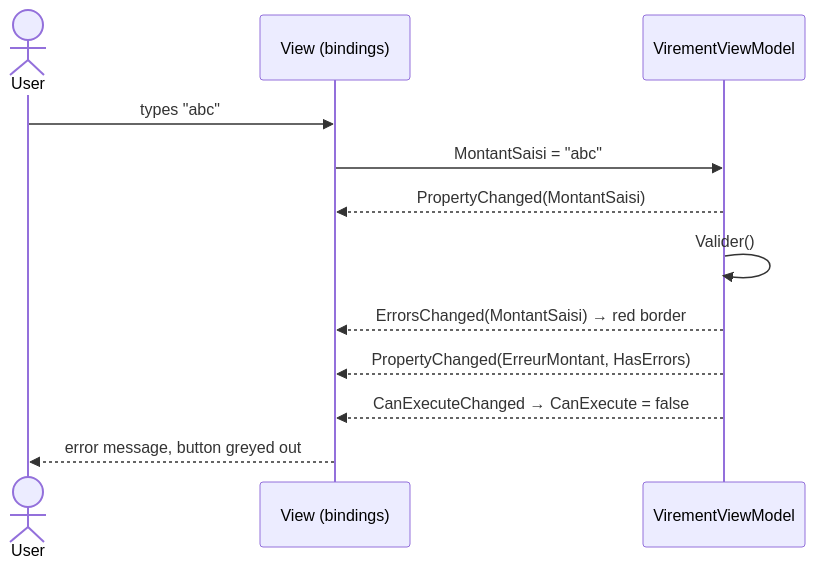
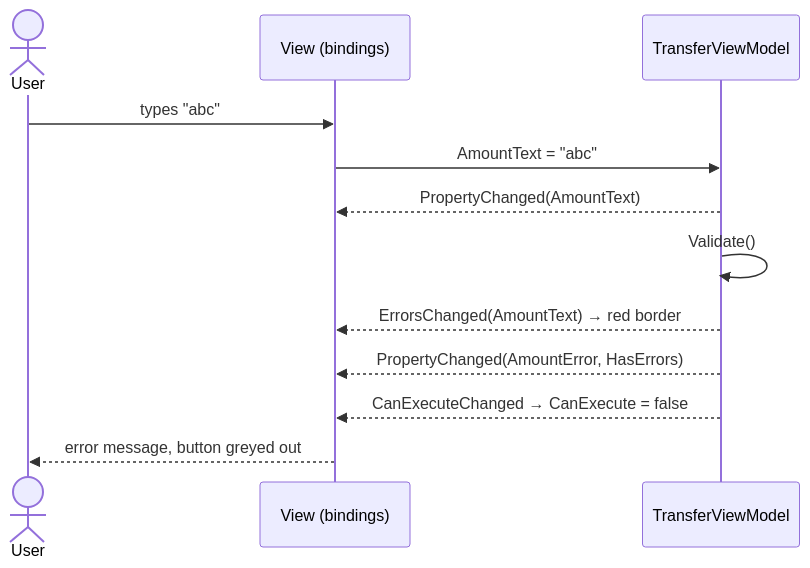
The third of 3 diagrams in Docs/en/24-mvc-mvvm.md (drangoht/ArchitecturesDemo), drawn with Mermaid before and after one commit. The commit also changed other lines of this file and 78 other files, not shown here.

First line of the commit message:
Docs EN : identifiants, liens, diagrammes et sorties alignés sur le code anglais

````diff
--- a/Docs/en/24-mvc-mvvm.md
+++ b/Docs/en/24-mvc-mvvm.md
@@ -200,14 +199,14 @@
 ```mermaid
 sequenceDiagram
     actor U as User
     participant V as View (bindings)
-    participant VM as VirementViewModel
+    participant VM as TransferViewModel
     U->>V: types "abc"
-    V->>VM: MontantSaisi = "abc"
-    VM-->>V: PropertyChanged(MontantSaisi)
-    VM->>VM: Valider()
-    VM-->>V: ErrorsChanged(MontantSaisi) → red border
-    VM-->>V: PropertyChanged(ErreurMontant, HasErrors)
+    V->>VM: AmountText = "abc"
+    VM-->>V: PropertyChanged(AmountText)
+    VM->>VM: Validate()
+    VM-->>V: ErrorsChanged(AmountText) → red border
+    VM-->>V: PropertyChanged(AmountError, HasErrors)
     VM-->>V: CanExecuteChanged → CanExecute = false
     V-->>U: error message, button greyed out
 ```
````
